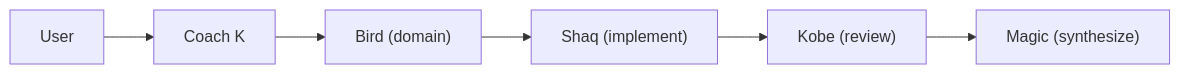
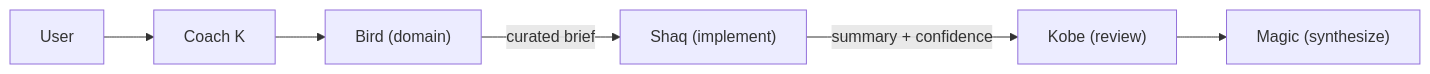
The second of 4 diagrams in README.md (bondarewicz/dreamteam), drawn with Mermaid before and after one commit. The commit also changed other lines of this file and 7 other files, not shown here.

Commit message:
feat: Agent schema, escalation protocol & confidence level

````diff
--- a/README.md
+++ b/README.md
@@ -153,8 +77,8 @@
 ```mermaid
 graph LR
     User --> Coach_K[Coach K]
     Coach_K --> Bird["Bird (domain)"]
-    Bird --> Shaq["Shaq (implement)"]
-    Shaq --> Kobe["Kobe (review)"]
+    Bird -->|curated brief| Shaq["Shaq (implement)"]
+    Shaq -->|summary + confidence| Kobe["Kobe (review)"]
     Kobe --> Magic["Magic (synthesize)"]
 ```
````
